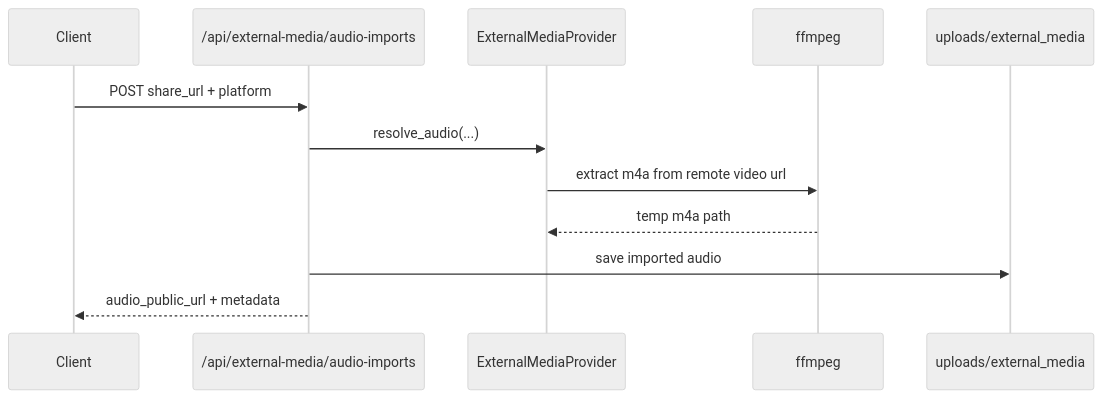
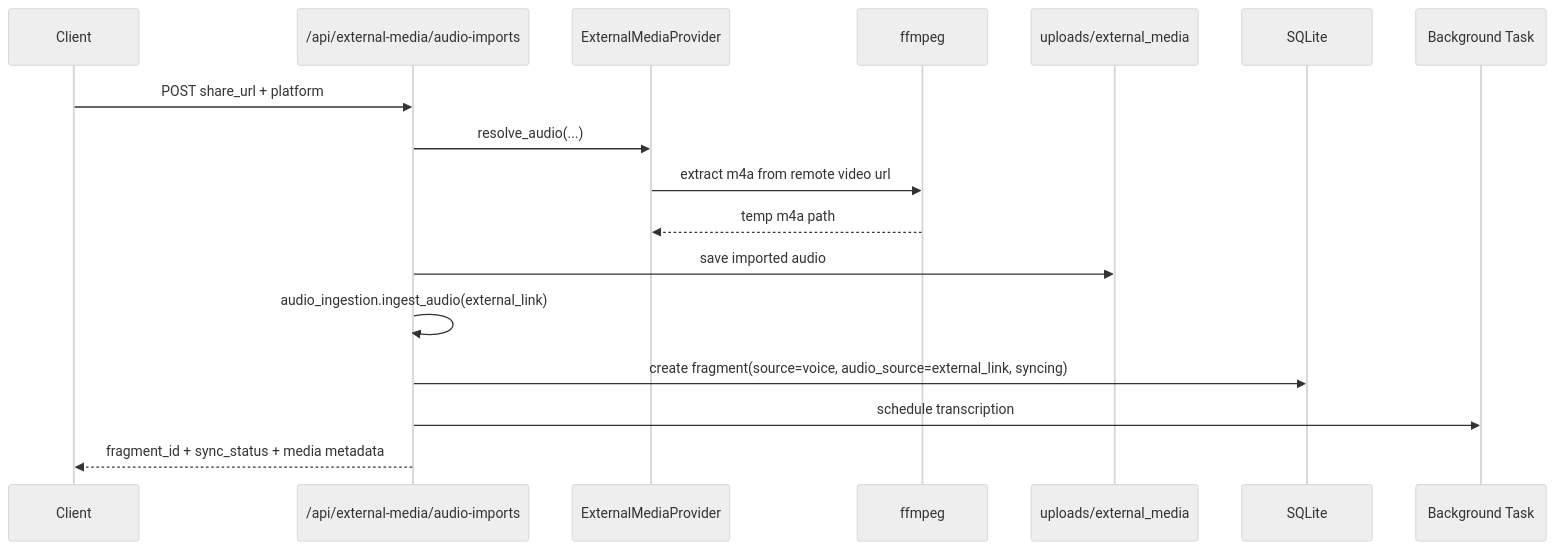
Before and after one commit to YCZA2/SparkFlow: the fifth of 8 diagrams in memory-bank/architecture.md, drawn with Mermaid (neutral theme). The commit also changed other lines of this file and 16 other files, not shown here.

Commit message:
Add shared audio ingestion pipeline

````diff
--- a/memory-bank/architecture.md
+++ b/memory-bank/architecture.md
@@ -250,15 +253,20 @@
 ```mermaid
 sequenceDiagram
     participant App as Client
     participant API as /api/external-media/audio-imports
     participant Provider as ExternalMediaProvider
     participant FF as ffmpeg
     participant FS as uploads/external_media
+    participant DB as SQLite
+    participant BG as Background Task
 
     App->>API: POST share_url + platform
     API->>Provider: resolve_audio(...)
     Provider->>FF: extract m4a from remote video url
     FF-->>Provider: temp m4a path
     API->>FS: save imported audio
-    API-->>App: audio_public_url + metadata
+    API->>API: audio_ingestion.ingest_audio(external_link)
+    API->>DB: create fragment(source=voice, audio_source=external_link, syncing)
+    API->>BG: schedule transcription
+    API-->>App: fragment_id + sync_status + media metadata
 ```
````
